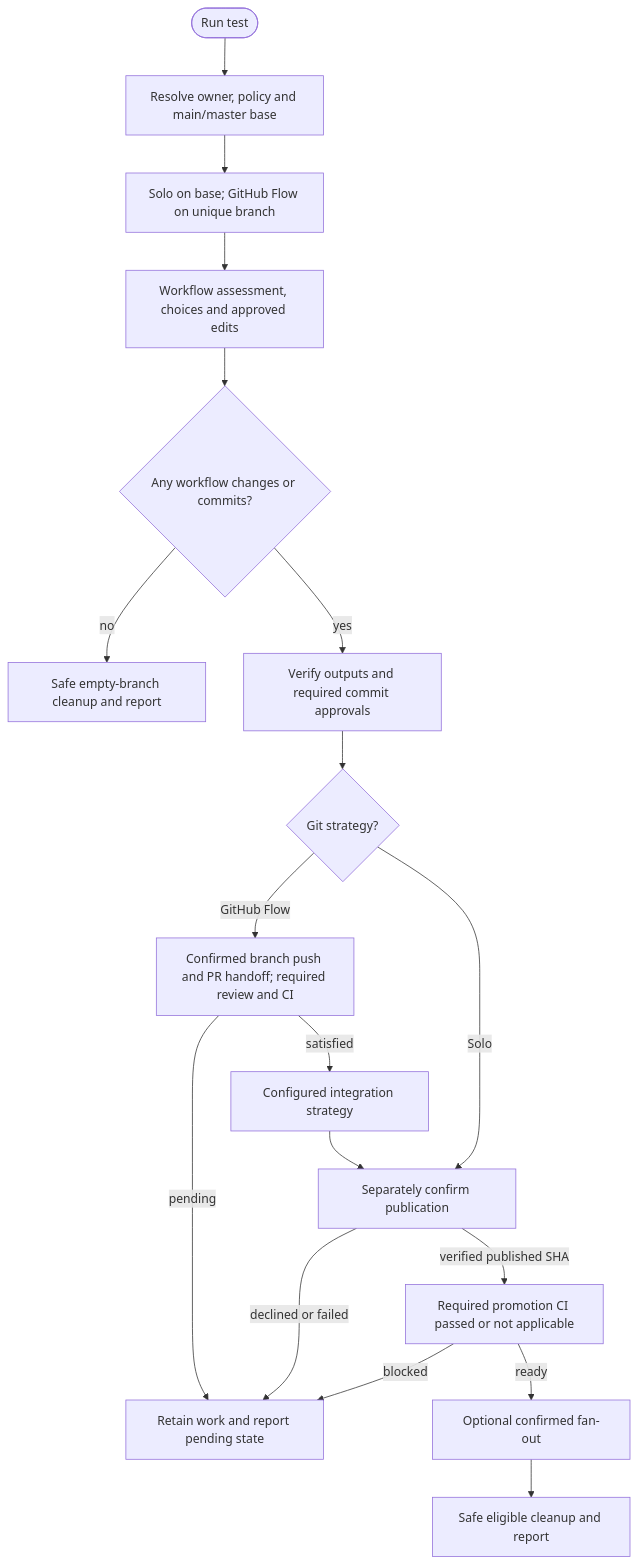
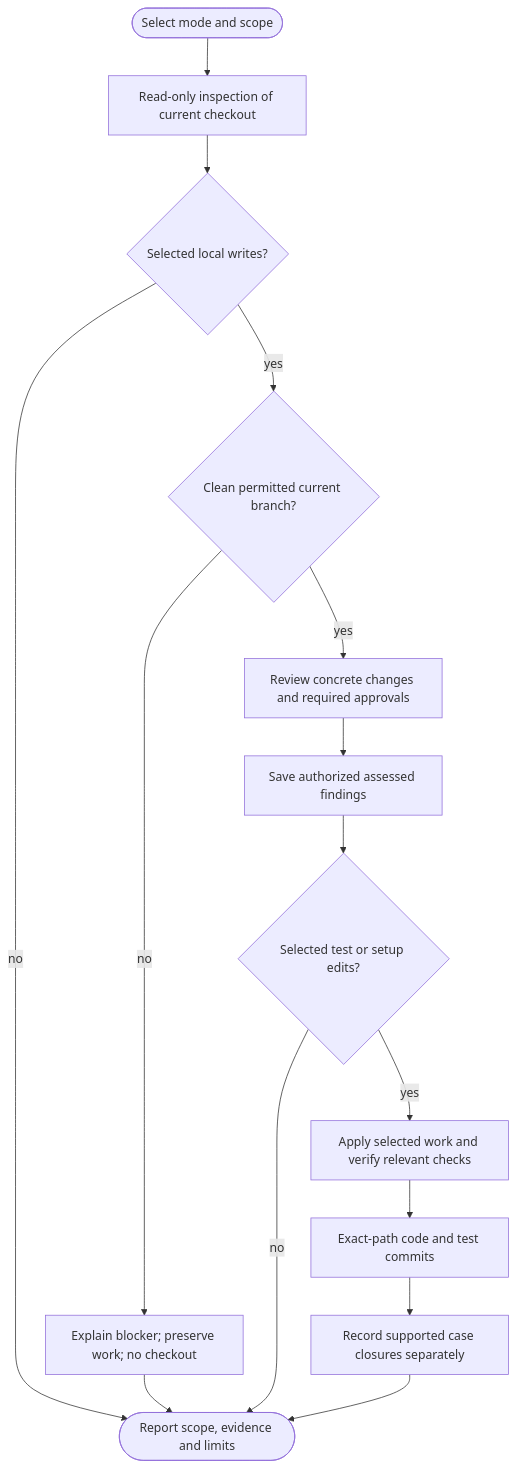
Before and after one commit to myowinthein/agent-helm: the diagram in docs/commands/test.md, drawn with Mermaid. The commit also changed other lines of this file and 101 other files, not shown here.

````diff
--- a/docs/commands/test.md
+++ b/docs/commands/test.md
@@ -15,20 +42,17 @@
 ```mermaid
 flowchart TD
-  Start([Run test]) --> Prepare[Resolve owner, policy and main/master base]
-  Prepare --> Branch[Solo on base; GitHub Flow on unique branch]
-  Branch --> Work[Workflow assessment, choices and approved edits]
-  Work --> Changed{Any workflow changes or commits?}
-  Changed -->|no| Noop[Safe empty-branch cleanup and report]
-  Changed -->|yes| Verify[Verify outputs and required commit approvals]
-  Verify --> Mode{Git strategy?}
-  Mode -->|GitHub Flow| Review[Confirmed branch push and PR handoff; required review and CI]
-  Review -->|pending| Pending[Retain work and report pending state]
-  Review -->|satisfied| Merge[Configured integration strategy]
-  Mode -->|Solo| Push
-  Merge --> Push[Separately confirm publication]
-  Push -->|declined or failed| Pending
-  Push -->|verified published SHA| CI[Required promotion CI passed or not applicable]
-  CI -->|blocked| Pending
-  CI -->|ready| Promote[Optional confirmed fan-out]
-  Promote --> Cleanup[Safe eligible cleanup and report]
+  Start([Select mode and scope]) --> Inspect[Read-only inspection of current checkout]
+  Inspect --> Write{Selected local writes?}
+  Write -->|no| Report([Report scope, evidence and limits])
+  Write -->|yes| Ready{Clean permitted current branch?}
+  Ready -->|no| Block[Explain blocker; preserve work; no checkout]
+  Block --> Report
+  Ready -->|yes| Review[Review concrete changes and required approvals]
+  Review --> Assessment[Save authorized assessed findings]
+  Assessment --> Work{Selected test or setup edits?}
+  Work -->|no| Report
+  Work -->|yes| Apply[Apply selected work and verify relevant checks]
+  Apply --> Commit[Exact-path code and test commits]
+  Commit --> Closure[Record supported case closures separately]
+  Closure --> Report
 ```
````
